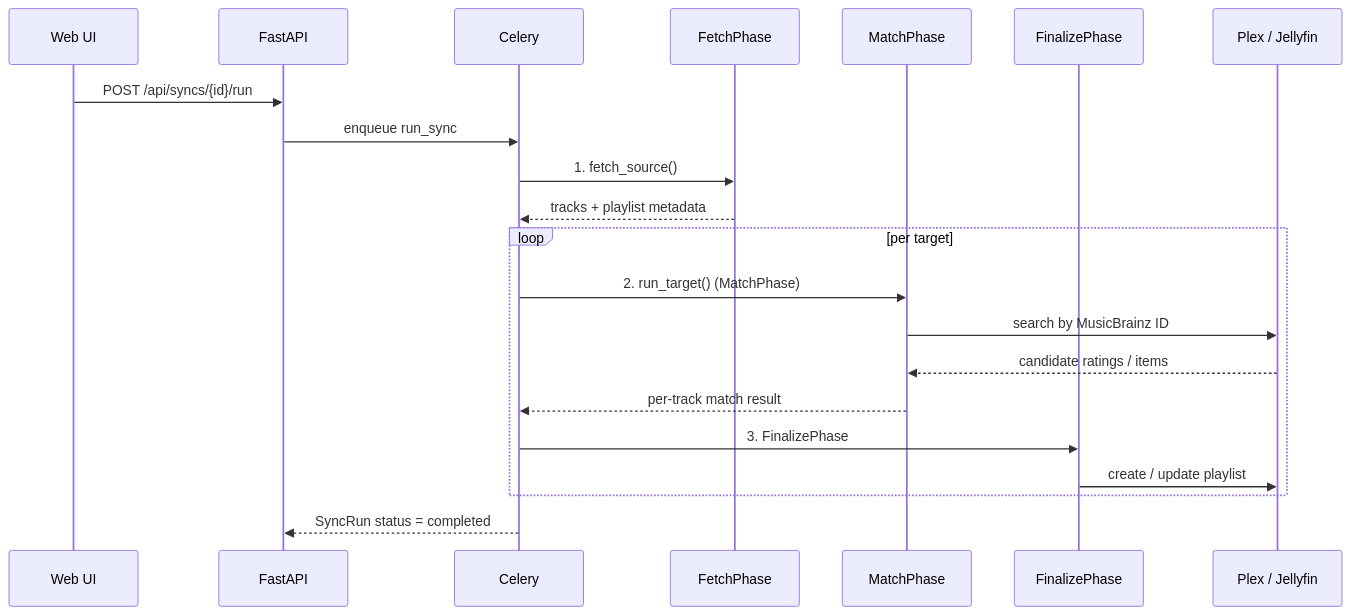
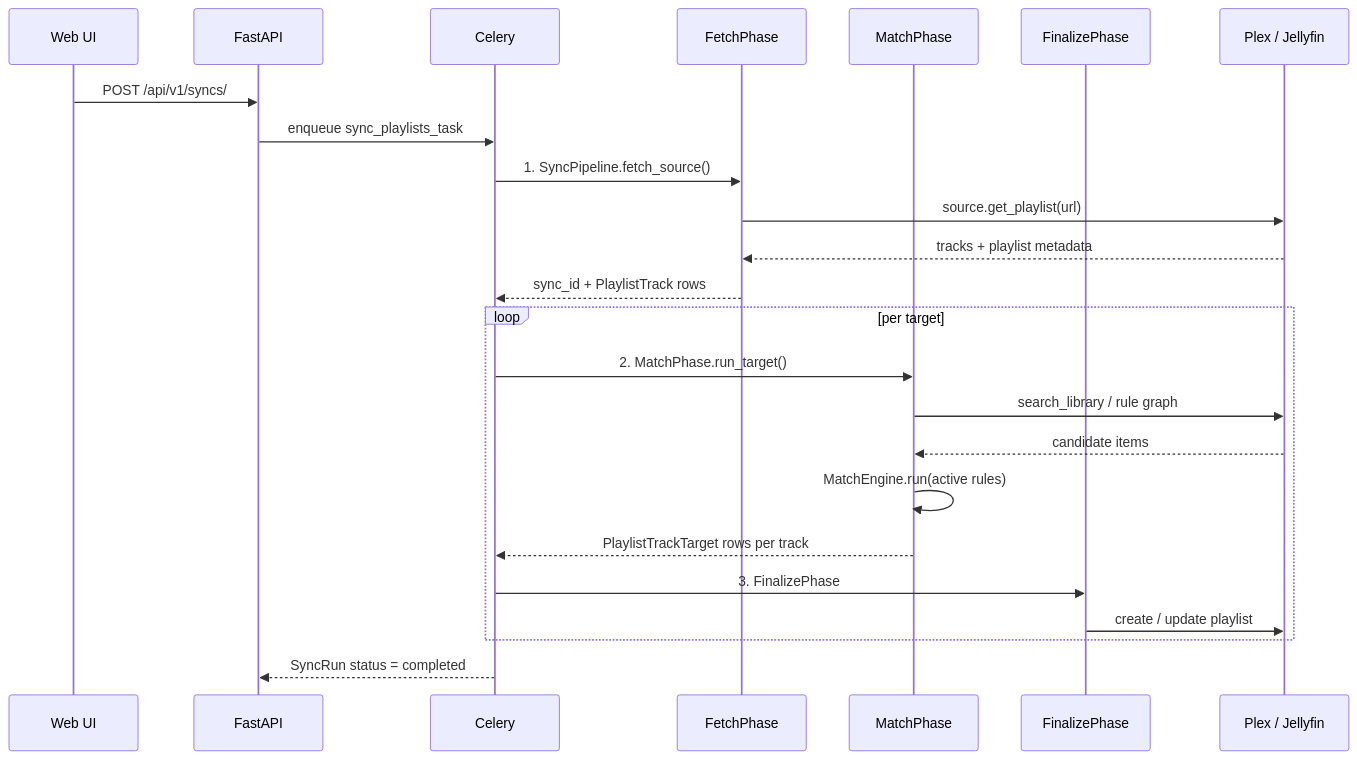
The diagram in docs/guides/sync-pipeline.md (JakePeralta7/Ampy3), drawn with Mermaid before and after one commit. The commit also changed other lines of this file and 12 other files, not shown here.

````diff
--- a/docs/guides/sync-pipeline.md
+++ b/docs/guides/sync-pipeline.md
@@ -7,24 +7,27 @@
 ```mermaid
 sequenceDiagram
     participant UI as Web UI
     participant API as FastAPI
     participant Celery
     participant Fetch as FetchPhase
     participant Match as MatchPhase
     participant Finalize as FinalizePhase
-    participant Plex as Plex / Jellyfin
+    participant Target as Plex / Jellyfin
 
-    UI->>API: POST /api/syncs/{id}/run
-    API->>Celery: enqueue run_sync
-    Celery->>Fetch: 1. fetch_source()
-    Fetch-->>Celery: tracks + playlist metadata
+    UI->>API: POST /api/v1/syncs/
+    API->>Celery: enqueue sync_playlists_task
+    Celery->>Fetch: 1. SyncPipeline.fetch_source()
+    Fetch->>Target: source.get_playlist(url)
+    Target-->>Fetch: tracks + playlist metadata
+    Fetch-->>Celery: sync_id + PlaylistTrack rows
     loop per target
-        Celery->>Match: 2. run_target() (MatchPhase)
-        Match->>Plex: search by MusicBrainz ID
-        Plex-->>Match: candidate ratings / items
-        Match-->>Celery: per-track match result
+        Celery->>Match: 2. MatchPhase.run_target()
+        Match->>Target: search_library / rule graph
+        Target-->>Match: candidate items
+        Match->>Match: MatchEngine.run(active rules)
+        Match-->>Celery: PlaylistTrackTarget rows per track
         Celery->>Finalize: 3. FinalizePhase
-        Finalize->>Plex: create / update playlist
+        Finalize->>Target: create / update playlist
     end
     Celery-->>API: SyncRun status = completed
 ```
````
